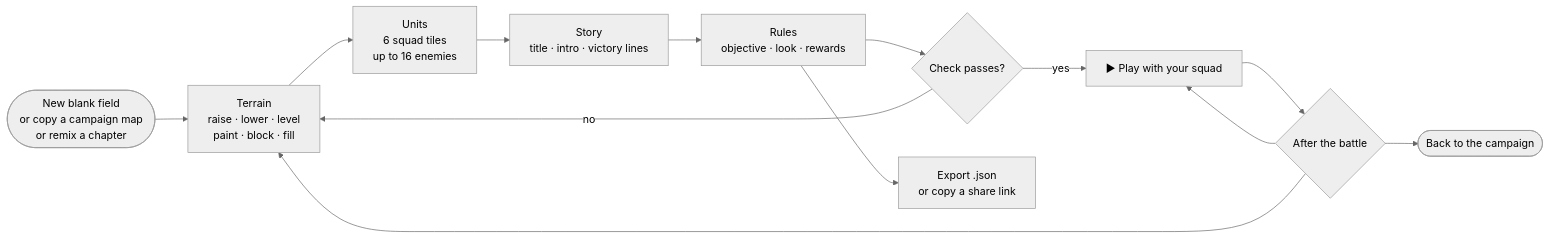
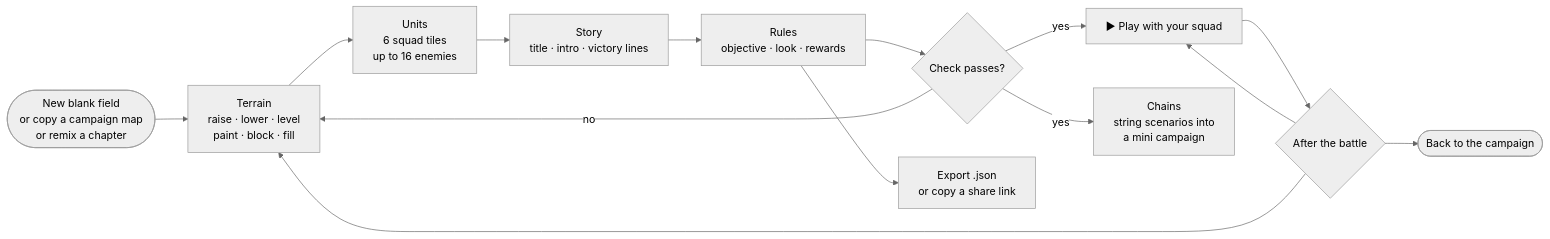
The fifth of 5 diagrams in docs/GAMEPLAY_GUIDE.md (CptNope/Chess-RPG-Tactics), drawn with Mermaid (neutral theme) before and after one commit. The commit also changed other lines of this file and 17 other files, not shown here.

````diff
--- a/docs/GAMEPLAY_GUIDE.md
+++ b/docs/GAMEPLAY_GUIDE.md
@@ -320,15 +320,16 @@
 ```mermaid
 flowchart LR
     Start(["New blank field<br/>or copy a campaign map<br/>or remix a chapter"]) --> Terrain["Terrain<br/>raise · lower · level<br/>paint · block · fill"]
     Terrain --> Units["Units<br/>6 squad tiles<br/>up to 16 enemies"]
     Units --> Story["Story<br/>title · intro · victory lines"]
     Story --> Rules["Rules<br/>objective · look · rewards"]
     Rules --> Check{"Check passes?"}
     Check -- no --> Terrain
     Check -- yes --> Play["▶ Play with your squad"]
     Play --> End{"After the battle"}
     End --> Play
     End --> Terrain
     End --> Camp(["Back to the campaign"])
     Rules --> Share["Export .json<br/>or copy a share link"]
+    Check -- yes --> Chain["Chains<br/>string scenarios into<br/>a mini campaign"]
 ```
````
